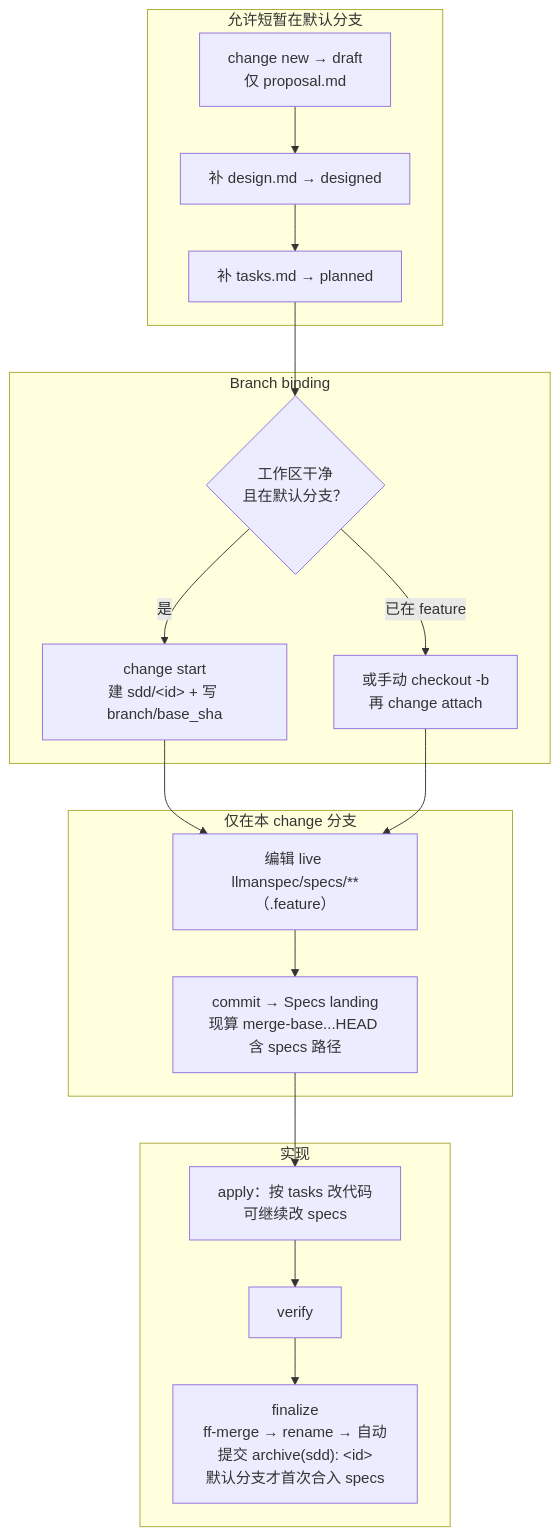
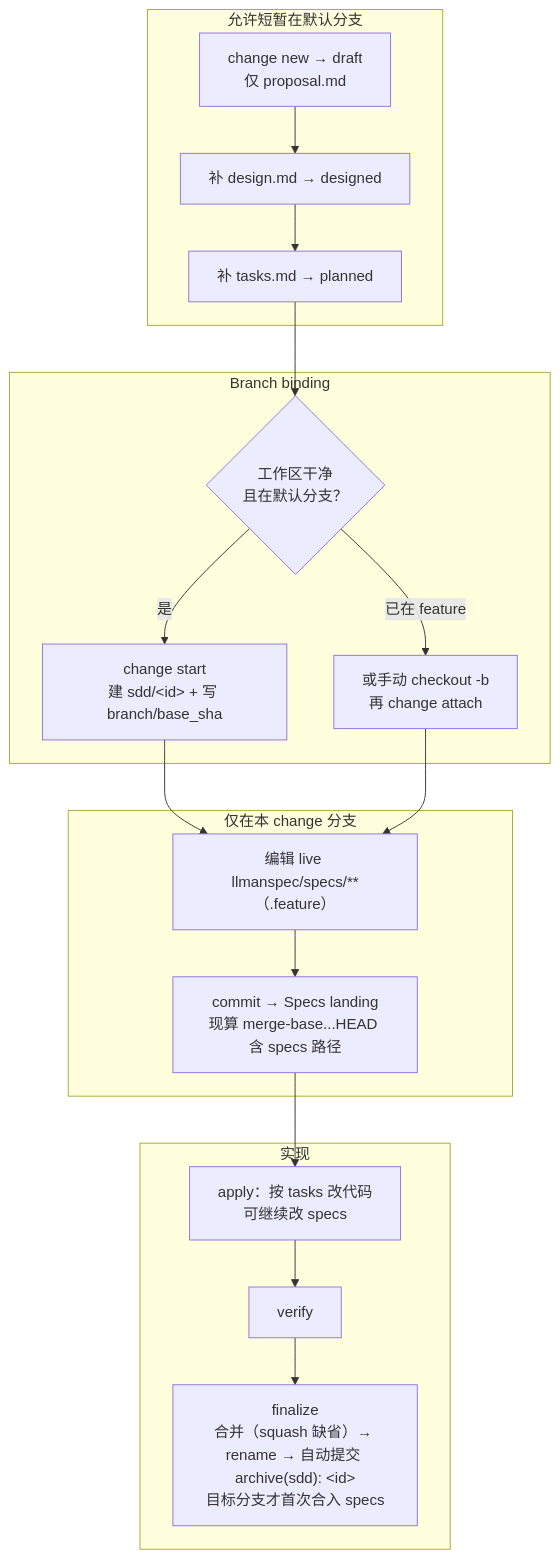
Before and after one commit to StrayDragon/llman: the first of 2 diagrams in .agents/skills/llman-sdd-propose/SKILL.md, drawn with Mermaid. The commit also changed 25 other files, not shown here.

First line of the commit message:
feat: rework-finalize-merge-semantics & close #19

````diff
--- a/.agents/skills/llman-sdd-propose/SKILL.md
+++ b/.agents/skills/llman-sdd-propose/SKILL.md
@@ -18,30 +18,30 @@
 ```mermaid
 flowchart TB
   subgraph main_ok["允许短暂在默认分支"]
     A["change new → draft<br/>仅 proposal.md"]
     B1["补 design.md → designed"]
     B2["补 tasks.md → planned"]
   end
 
   subgraph gate_start["Branch binding"]
     C{"工作区干净<br/>且在默认分支？"}
     D["change start<br/>建 sdd/&lt;id&gt; + 写 branch/base_sha"]
     E["或手动 checkout -b<br/>再 change attach"]
   end
 
   subgraph specs_only["仅在本 change 分支"]
     F["编辑 live llmanspec/specs/**（.feature）"]
     G["commit → Specs landing<br/>现算 merge-base...HEAD 含 specs 路径"]
   end
 
   subgraph implement["实现"]
     H["apply：按 tasks 改代码<br/>可继续改 specs"]
     I["verify"]
-    J["finalize<br/>ff-merge → rename → 自动提交 archive(sdd): &lt;id&gt;<br/>默认分支才首次合入 specs"]
+    J["finalize<br/>合并（squash 缺省）→ rename → 自动提交 archive(sdd): &lt;id&gt;<br/>目标分支才首次合入 specs"]
   end
 
   A --> B1 --> B2 --> C
   C -->|是| D --> F
   C -->|已在 feature| E --> F
   F --> G --> H --> I --> J
 ```
````
